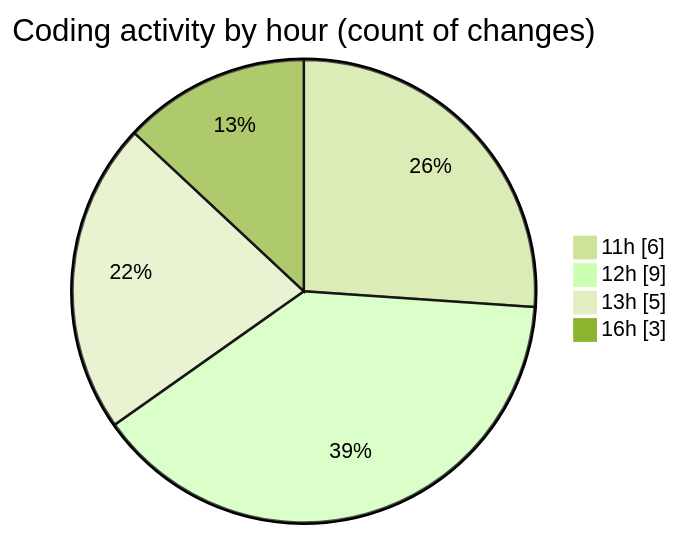
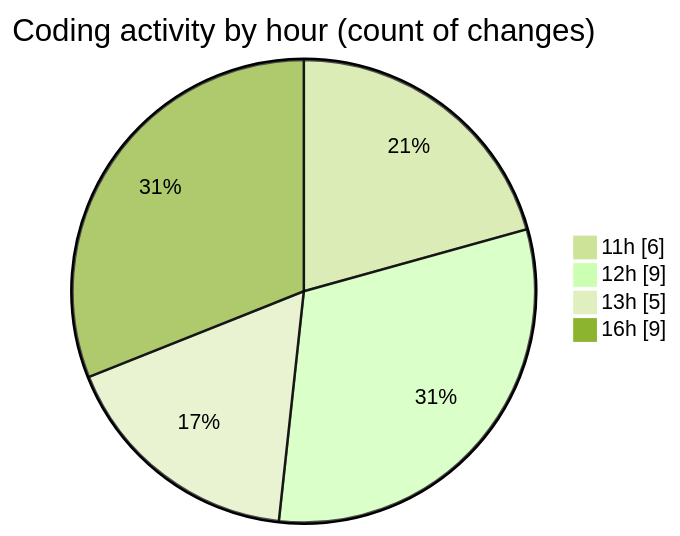
Before and after one commit to momahboobian/code-tracking: the second of 2 diagrams in 2026-10-15/cda/README.md, drawn with Mermaid (forest theme). The commit also changed other lines of this file and 1 other file, not shown here.

````diff
--- a/2026-10-15/cda/README.md
+++ b/2026-10-15/cda/README.md
@@ -38,8 +39,8 @@
 ```mermaid
 pie showData
 title Coding activity by hour (count of changes)
 "11h" : 6
 "12h" : 9
 "13h" : 5
-"16h" : 3
+"16h" : 9
 ```
````
